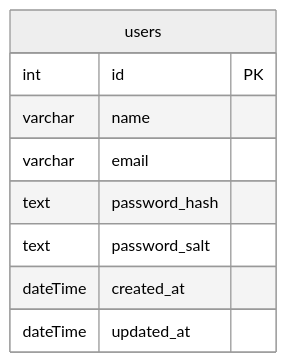
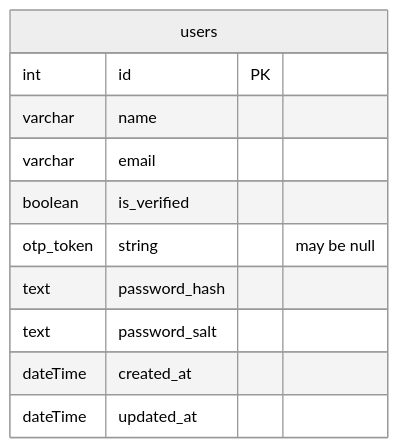
One commit to ZenBit-Tech/sunny-bunnies_be changed the diagram in README.md. Above: the diagram before and after it, drawn with Mermaid (neutral theme).

Commit message:
feat: added db schema description

````diff
--- a/README.md
+++ b/README.md
@@ -41,13 +41,15 @@
 ```mermaid
 erDiagram
 
   users {
     int id PK
     varchar name
     varchar email
+    boolean is_verified
+    otp_token string "may be null"
     text password_hash
     text password_salt
     dateTime created_at
     dateTime updated_at
   }
 ```
````
